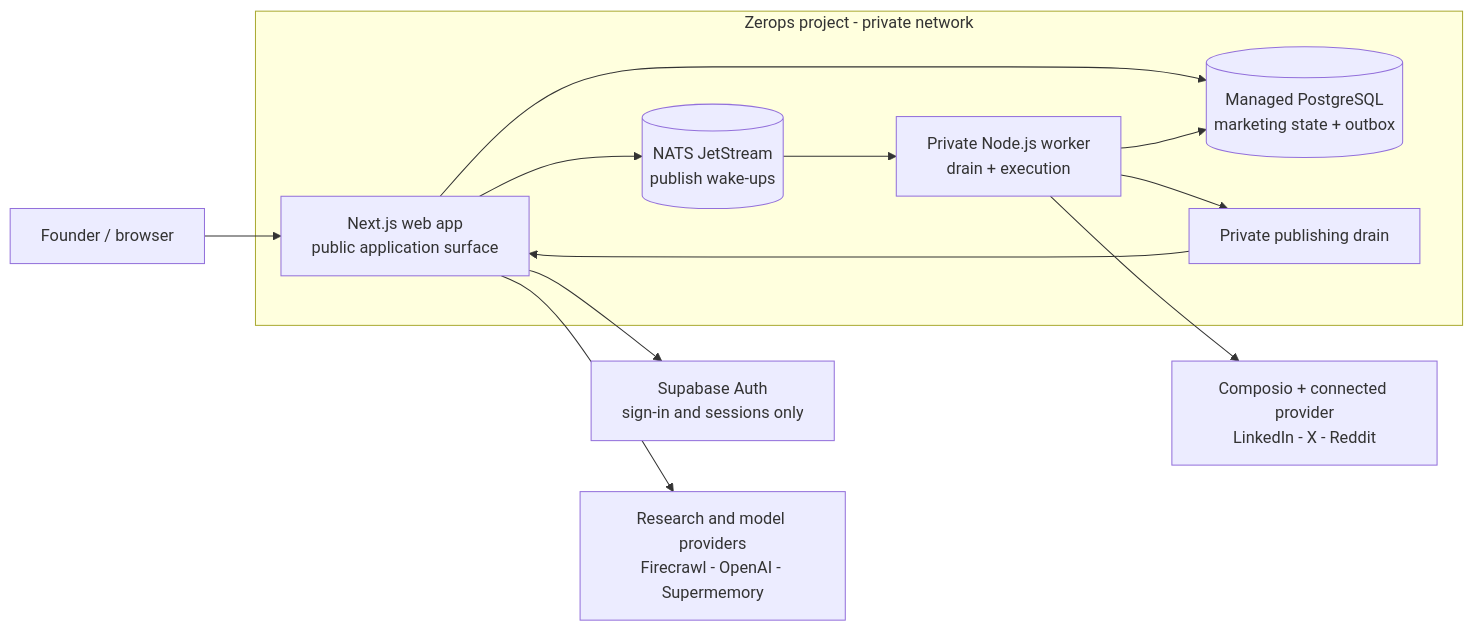
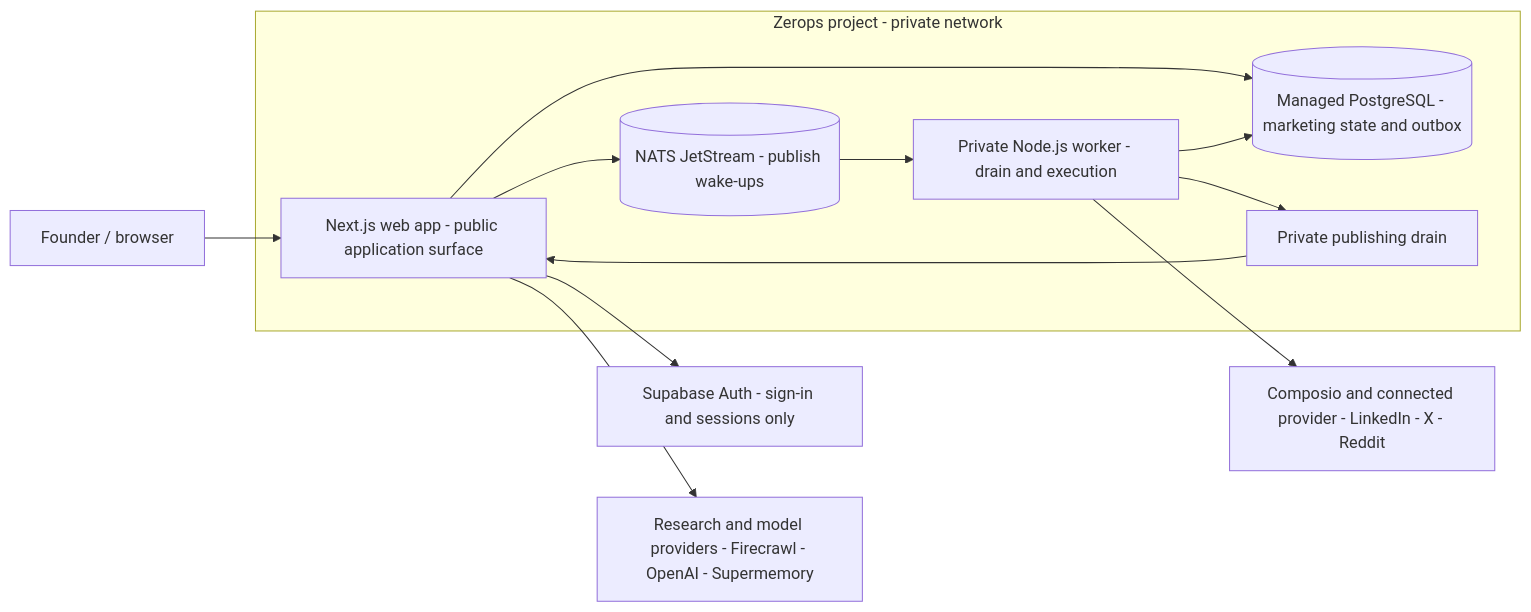
The diagram in README.md (Anand-0038/vibemarketer), drawn with Mermaid before and after one commit.

Commit message:
docs: simplify README architecture diagram

````diff
--- a/README.md
+++ b/README.md
@@ -55,17 +55,17 @@
 ```mermaid
 flowchart LR
-    founder[Founder / browser] --> web[Next.js web app<br/>public application surface]
-    web --> auth[Supabase Auth<br/>sign-in and sessions only]
+    founder[Founder / browser] --> web[Next.js web app - public application surface]
+    web --> auth[Supabase Auth - sign-in and sessions only]
 
     subgraph zerops[Zerops project - private network]
-        web --> db[(Managed PostgreSQL<br/>marketing state + outbox)]
-        web --> nats[(NATS JetStream<br/>publish wake-ups)]
-        nats --> worker[Private Node.js worker<br/>drain + execution]
+        web --> db[(Managed PostgreSQL - marketing state and outbox)]
+        web --> nats[(NATS JetStream - publish wake-ups)]
+        nats --> worker[Private Node.js worker - drain and execution]
         worker --> db
         worker --> drain[Private publishing drain]
         drain --> web
     end
 
-    web --> research[Research and model providers<br/>Firecrawl - OpenAI - Supermemory]
-    worker --> publish[Composio + connected provider<br/>LinkedIn - X - Reddit]
+    web --> research[Research and model providers - Firecrawl - OpenAI - Supermemory]
+    worker --> publish[Composio and connected provider - LinkedIn - X - Reddit]
 ```
````
